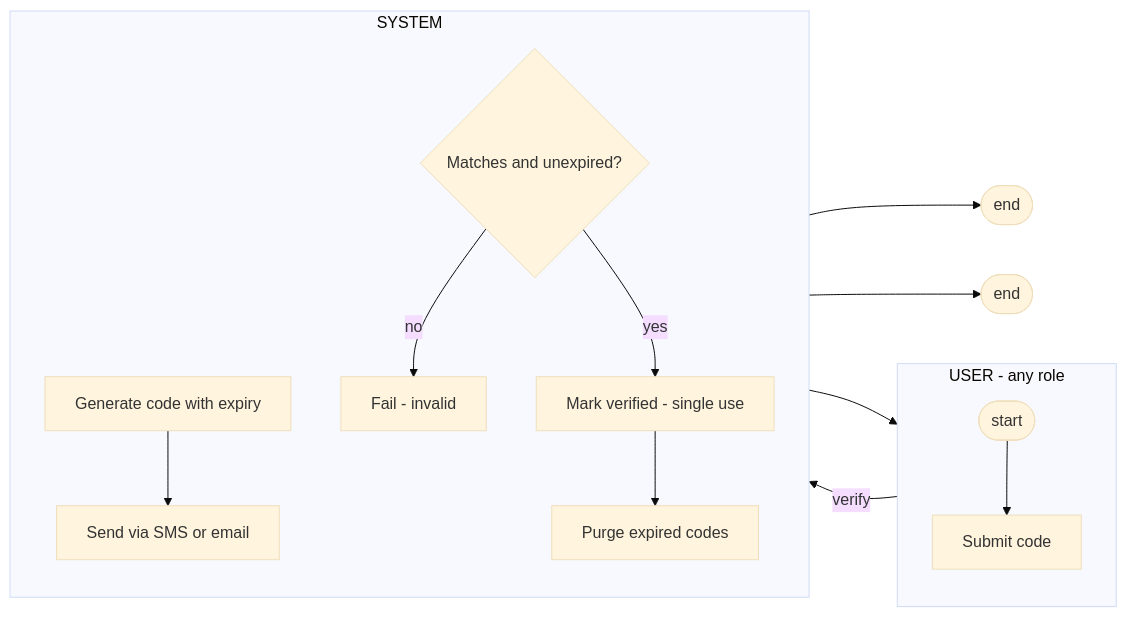
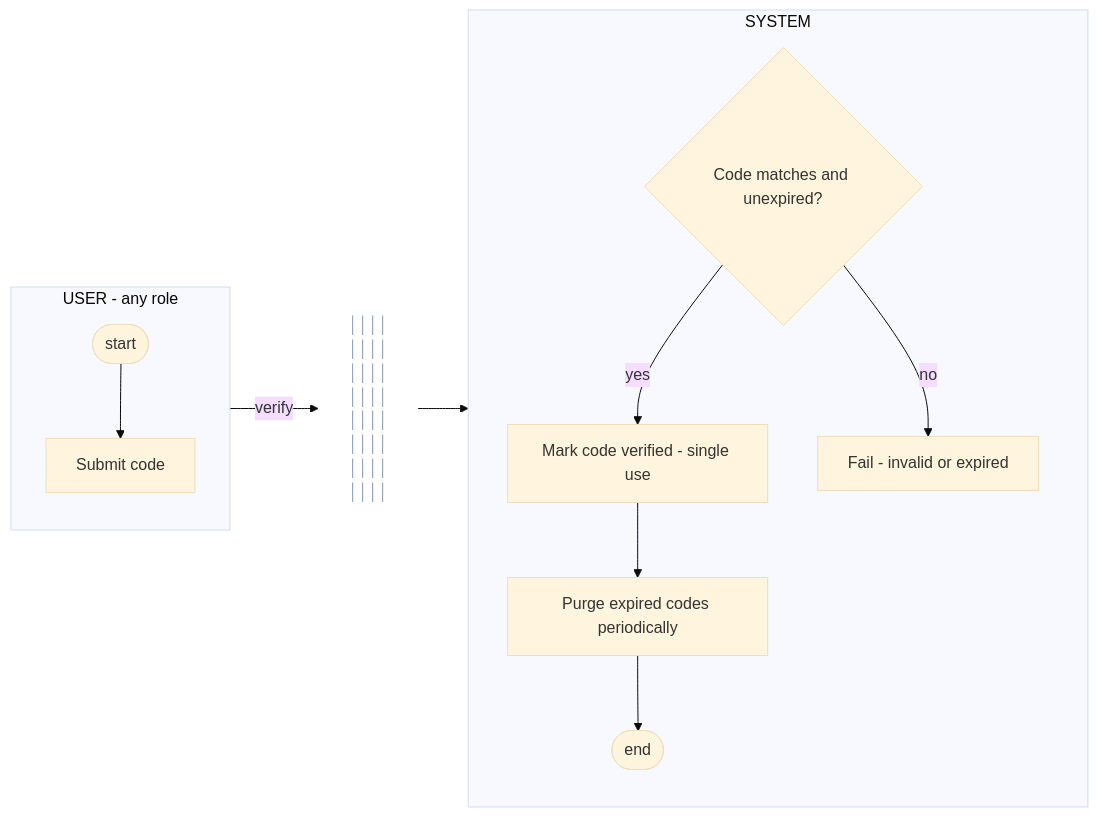
One commit to urlsalimbot/THESIS1-KAPWA changed diagram 11 of 12 in docs/diagrams/04-1-activity-diagram.md. Above: the diagram before and after it, drawn with Mermaid (base theme). The commit also changed other lines of this file, not shown here.

Commit message:
docs: add vertical divider line between user and system lanes in activity diagrams

````diff
--- a/docs/diagrams/04-1-activity-diagram.md
+++ b/docs/diagrams/04-1-activity-diagram.md
@@ -363,24 +336,18 @@
 ```mermaid
 flowchart LR
     subgraph U["USER - any role"]
         direction TB
         A([start]) --> B[Submit code]
     end
     subgraph S["SYSTEM"]
         direction TB
-        C[Generate code with expiry]
-        D[Send via SMS or email]
-        E{Matches and unexpired?}
-        F[Mark verified - single use]
-        G[Purge expired codes]
-        H[Fail - invalid]
+        E{Code matches and unexpired?}
+        E -- yes --> F[Mark code verified - single use]
+        F --> G[Purge expired codes periodically]
+        G --> K([end])
+        E -- no --> H[Fail - invalid or expired]
     end
-    C --> D
-    D --> A
-    B -->|"verify"| E
-    E -- no --> H
-    H --> Z([end])
-    E -- yes --> F
-    F --> G
-    G --> I([end])
+    DIV["││││<br/>││││<br/>││││<br/>││││<br/>││││<br/>││││<br/>││││<br/>││││"]
+    B -->|"verify"| DIV --> E
+    style DIV fill:none,stroke:none,color:#94a3b8,font-size:16px,font-weight:bold
 ```
````
